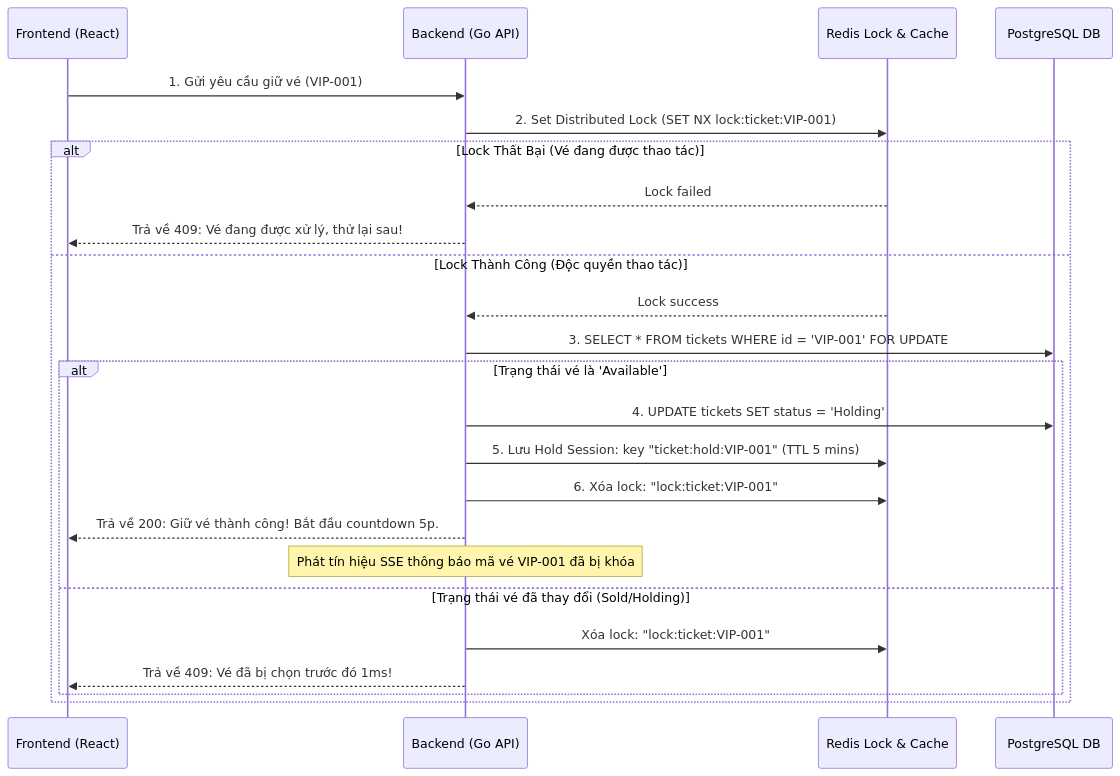
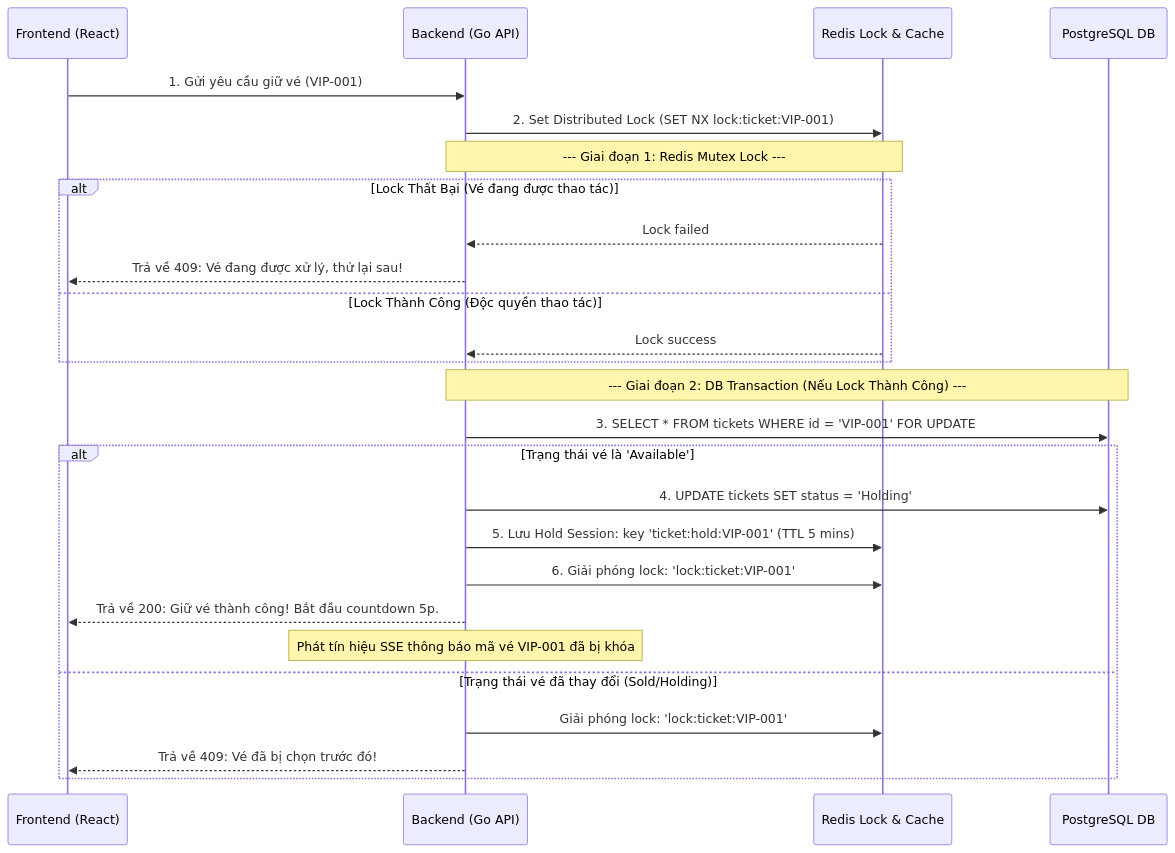
One commit to TanLam01/namviet-mini-project changed the diagram in README.md. Above: the diagram before and after it, drawn with Mermaid.

Commit message:
Fix nested alt block in Mermaid diagram in README.md

````diff
--- a/README.md
+++ b/README.md
@@ -29,27 +29,32 @@
 ```mermaid
 sequenceDiagram
     participant FE as Frontend (React)
     participant BE as Backend (Go API)
     participant Redis as Redis Lock & Cache
     participant DB as PostgreSQL DB
 
     FE->>BE: 1. Gửi yêu cầu giữ vé (VIP-001)
     BE->>Redis: 2. Set Distributed Lock (SET NX lock:ticket:VIP-001)
+    
+    Note over BE,Redis: --- Giai đoạn 1: Redis Mutex Lock ---
     alt Lock Thất Bại (Vé đang được thao tác)
         Redis-->>BE: Lock failed
         BE-->>FE: Trả về 409: Vé đang được xử lý, thử lại sau!
     else Lock Thành Công (Độc quyền thao tác)
         Redis-->>BE: Lock success
-        BE->>DB: 3. SELECT * FROM tickets WHERE id = 'VIP-001' FOR UPDATE
-        alt Trạng thái vé là 'Available'
-            BE->>DB: 4. UPDATE tickets SET status = 'Holding'
-            BE->>Redis: 5. Lưu Hold Session: key "ticket:hold:VIP-001" (TTL 5 mins)
-            BE->>Redis: 6. Xóa lock: "lock:ticket:VIP-001"
-            BE-->>FE: Trả về 200: Giữ vé thành công! Bắt đầu countdown 5p.
-            Note over BE: Phát tín hiệu SSE thông báo mã vé VIP-001 đã bị khóa
-        else Trạng thái vé đã thay đổi (Sold/Holding)
-            BE->>Redis: Xóa lock: "lock:ticket:VIP-001"
-            BE-->>FE: Trả về 409: Vé đã bị chọn trước đó 1ms!
-        end
+    end
+
+    Note over BE,DB: --- Giai đoạn 2: DB Transaction (Nếu Lock Thành Công) ---
+    BE->>DB: 3. SELECT * FROM tickets WHERE id = 'VIP-001' FOR UPDATE
+    
+    alt Trạng thái vé là 'Available'
+        BE->>DB: 4. UPDATE tickets SET status = 'Holding'
+        BE->>Redis: 5. Lưu Hold Session: key 'ticket:hold:VIP-001' (TTL 5 mins)
+        BE->>Redis: 6. Giải phóng lock: 'lock:ticket:VIP-001'
+        BE-->>FE: Trả về 200: Giữ vé thành công! Bắt đầu countdown 5p.
+        Note over BE: Phát tín hiệu SSE thông báo mã vé VIP-001 đã bị khóa
+    else Trạng thái vé đã thay đổi (Sold/Holding)
+        BE->>Redis: Giải phóng lock: 'lock:ticket:VIP-001'
+        BE-->>FE: Trả về 409: Vé đã bị chọn trước đó!
     end
 ```
````
